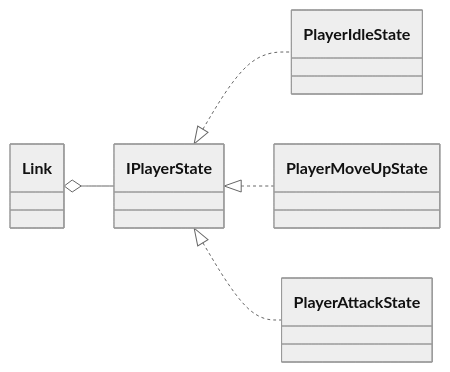
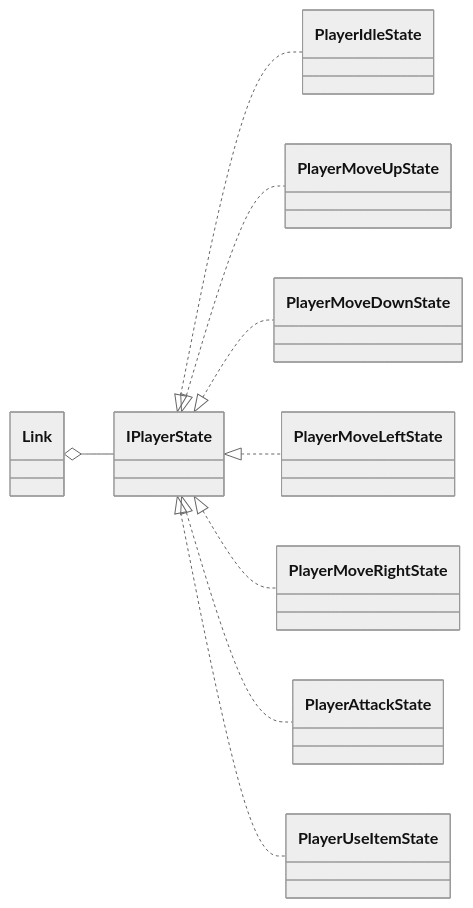
Before and after one commit to Ra4ster/CSE3902-Project: the diagram in README.md, drawn with Mermaid (neutral theme). The commit also changed other lines of this file and 2 other files, not shown here.

````diff
--- a/README.md
+++ b/README.md
@@ -50,8 +54,12 @@
 ```mermaid
 classDiagram
     direction LR
     IPlayerState <|.. PlayerIdleState
     IPlayerState <|.. PlayerMoveUpState
+    IPlayerState <|.. PlayerMoveDownState
+    IPlayerState <|.. PlayerMoveLeftState
+    IPlayerState <|.. PlayerMoveRightState
     IPlayerState <|.. PlayerAttackState
+    IPlayerState <|.. PlayerUseItemState
     Link o-- IPlayerState
 ```
````
